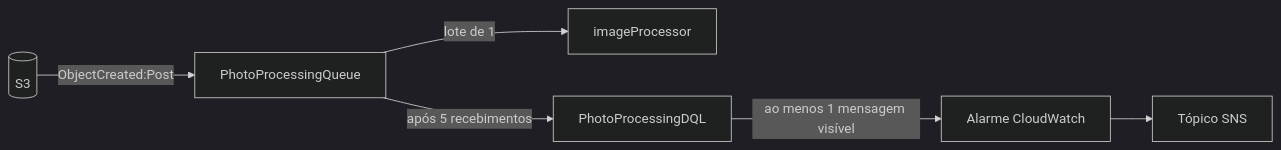
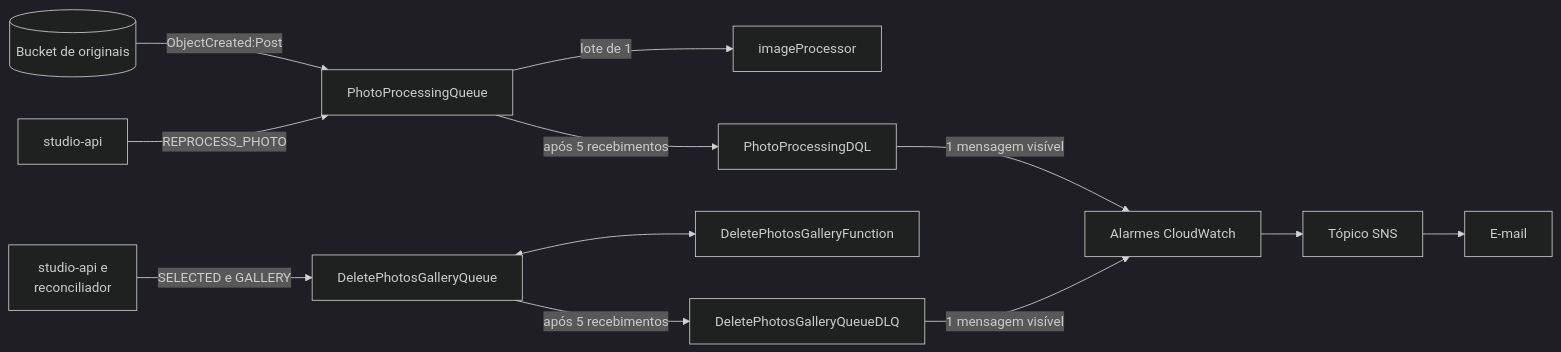
The diagram in developers/architecture/infrastructure.mdx (andreselva/lumora-docs), drawn with Mermaid (dark theme) before and after one commit. The commit also changed other lines of this file and 6 other files, not shown here.

First line of the commit message:
docs(architecture): atualiza as cinco páginas de arquitetura ao código atual

````diff
--- a/developers/architecture/infrastructure.mdx
+++ b/developers/architecture/infrastructure.mdx
@@ -129,8 +181,16 @@
 ```mermaid
 flowchart LR
-  S[(S3)] -- ObjectCreated:Post --> Q[PhotoProcessingQueue]
+  S[(Bucket de originais)] -- ObjectCreated:Post --> Q[PhotoProcessingQueue]
+  API[studio-api] -- REPROCESS_PHOTO --> Q
   Q -- lote de 1 --> I[imageProcessor]
   Q -- após 5 recebimentos --> DLQ[PhotoProcessingDQL]
-  DLQ -- ao menos 1 mensagem visível --> AL[Alarme CloudWatch]
+
+  A2[studio-api e<br/>reconciliador] -- SELECTED e GALLERY --> Q2[DeletePhotosGalleryQueue]
+  Q2 <--> D[DeletePhotosGalleryFunction]
+  Q2 -- após 5 recebimentos --> DLQ2[DeletePhotosGalleryQueueDLQ]
+
+  DLQ -- 1 mensagem visível --> AL[Alarmes CloudWatch]
+  DLQ2 -- 1 mensagem visível --> AL
   AL --> T[Tópico SNS]
+  T --> E[E-mail]
 ```
````
